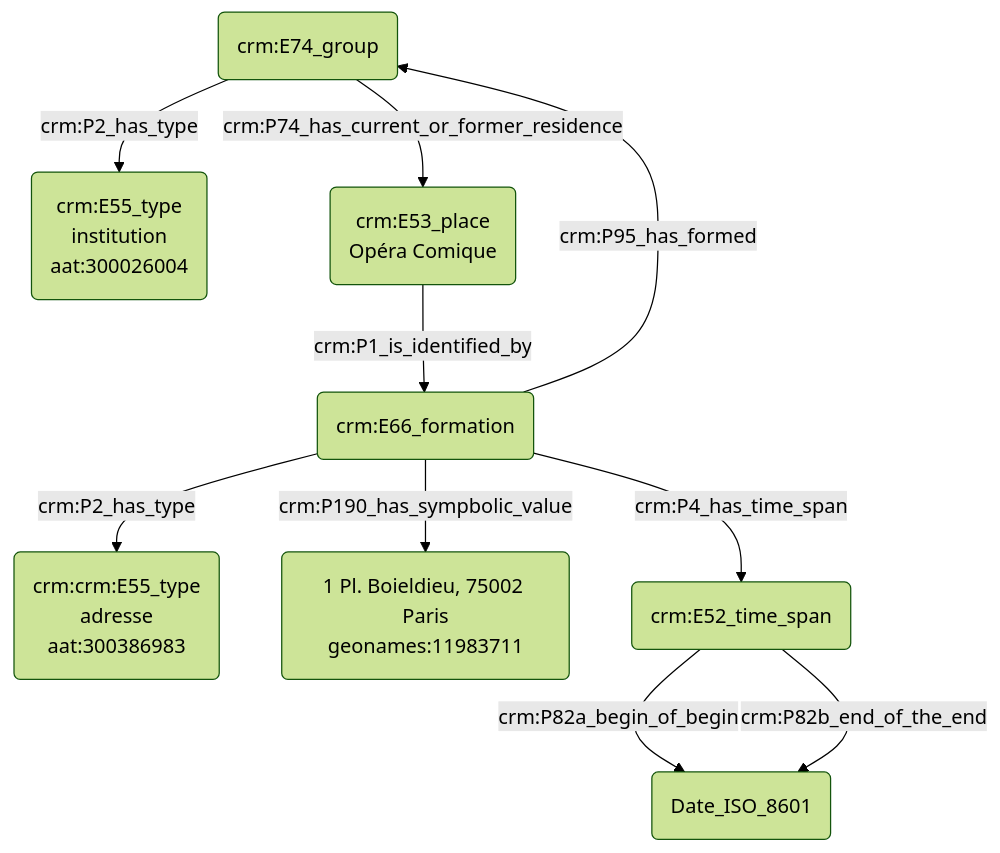
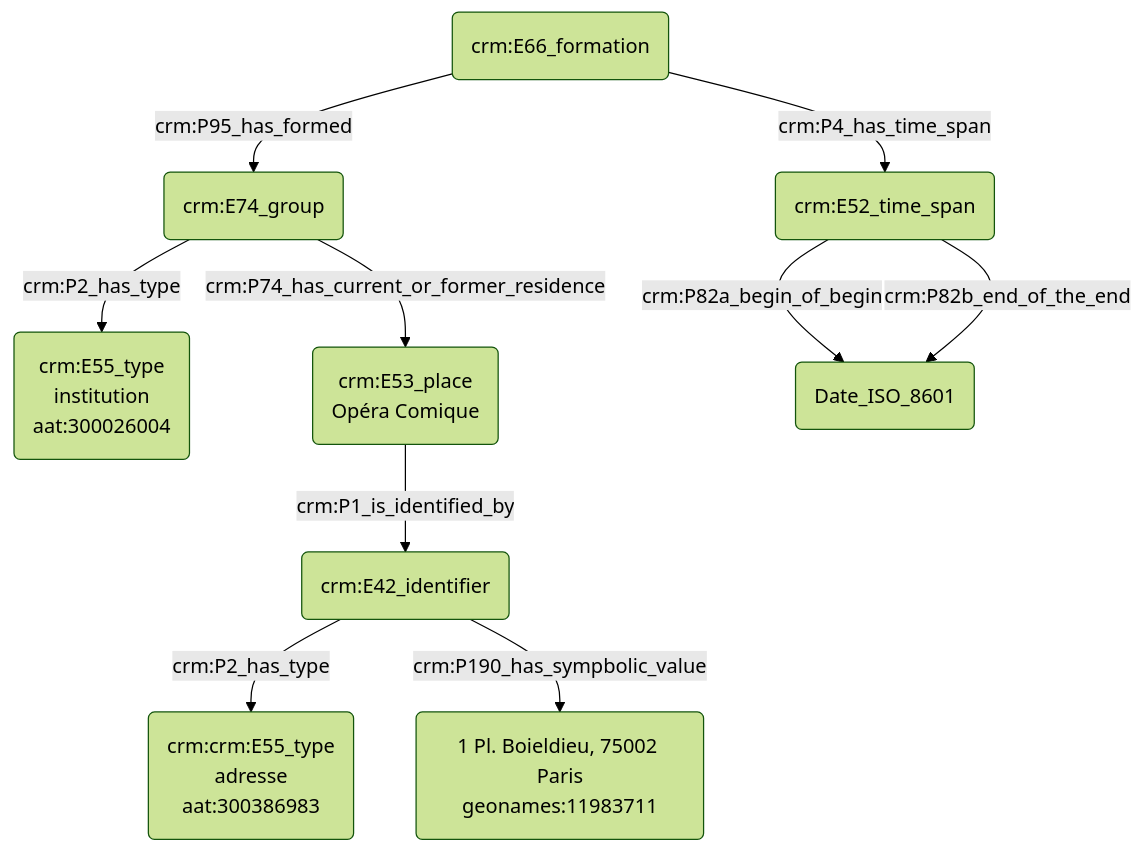
Before and after one commit to Amleth/consortium-musica2-gt2-ontologies: the diagram in modules/livrables/Dossier 2/Prosopographie/modélisation d'une institution.md, drawn with Mermaid (forest theme).

Commit message:
Update modélisation d'une institution.md

````diff
--- a/modules/livrables/Dossier 2/Prosopographie/modélisation d'une institution.md
+++ b/modules/livrables/Dossier 2/Prosopographie/modélisation d'une institution.md
@@ -17,15 +17,15 @@
 ```mermaid
 graph TD;
 
 A(crm:E74_group) -->|crm:P2_has_type| B(crm:E55_type<br>institution<br>aat:300026004)
 A(crm:E74_group) -->|crm:P74_has_current_or_former_residence| C(crm:E53_place<br>Opéra Comique)
-C(crm:E53_place<br>Opéra Comique) --> |crm:P1_is_identified_by| G(crm:E42_identifier) 
-G(crm:E42_identifier) --> |crm:P2_has_type| H(crm:crm:E55_type<br>adresse<br>aat:300386983)
-G(crm:E42_identifier) --> |crm:P190_has_sympbolic_value| I(1 Pl. Boieldieu, 75002 Paris<br>geonames:11983711)
+C(crm:E53_place<br>Opéra Comique) --> |crm:P1_is_identified_by| M(crm:E42_identifier) 
+M(crm:E42_identifier) --> |crm:P2_has_type| N(crm:crm:E55_type<br>adresse<br>aat:300386983)
+M(crm:E42_identifier) --> |crm:P190_has_sympbolic_value| O(1 Pl. Boieldieu, 75002 Paris<br>geonames:11983711)
 
 G(crm:E66_formation)  -->|crm:P95_has_formed| A(crm:E74_group)
 G(crm:E66_formation) -->|crm:P4_has_time_span| E(crm:E52_time_span)
 E(crm:E52_time_span) -->|crm:P82a_begin_of_begin| F(Date_ISO_8601)
 E(crm:E52_time_span) -->|crm:P82b_end_of_the_end| F(Date_ISO_8601)
 
 ```
````
